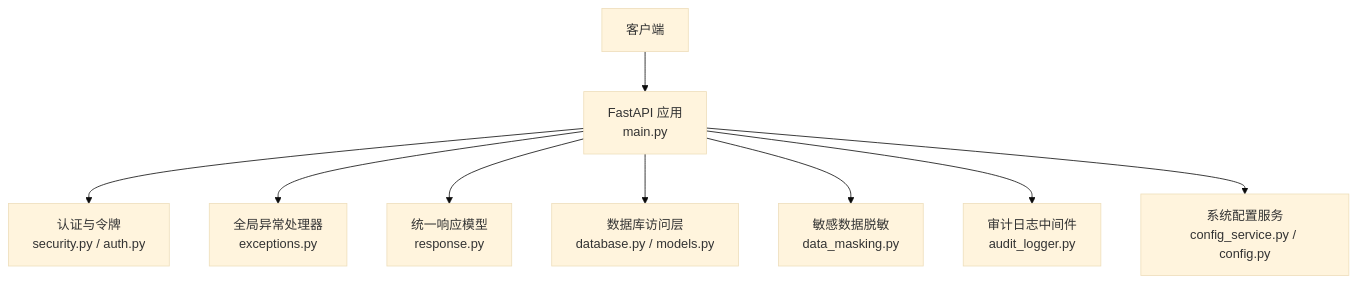
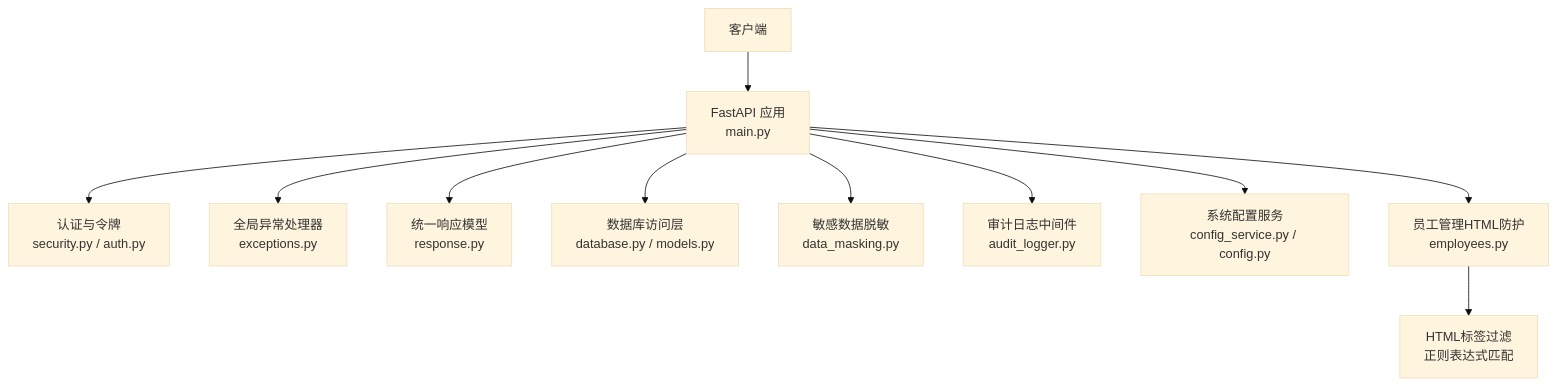
Before and after one commit to xgd561/performance_evaluation_system: the first of 8 diagrams in .qoder/repowiki/zh/content/系统架构/安全架构设计/安全防护措施.md, drawn with Mermaid (base theme). The commit also changed other lines of this file and 136 other files, not shown here.

````diff
--- a/.qoder/repowiki/zh/content/系统架构/安全架构设计/安全防护措施.md
+++ b/.qoder/repowiki/zh/content/系统架构/安全架构设计/安全防护措施.md
@@ -48,11 +61,13 @@
 ```mermaid
 graph TB
 Client["客户端"] --> API["FastAPI 应用<br/>main.py"]
 API --> Auth["认证与令牌<br/>security.py / auth.py"]
 API --> Exceptions["全局异常处理器<br/>exceptions.py"]
 API --> Response["统一响应模型<br/>response.py"]
 API --> DB["数据库访问层<br/>database.py / models.py"]
 API --> Mask["敏感数据脱敏<br/>data_masking.py"]
 API --> Audit["审计日志中间件<br/>audit_logger.py"]
 API --> Config["系统配置服务<br/>config_service.py / config.py"]
+API --> Employee["员工管理HTML防护<br/>employees.py"]
+Employee --> HTMLFilter["HTML标签过滤<br/>正则表达式匹配"]
 ```
````
